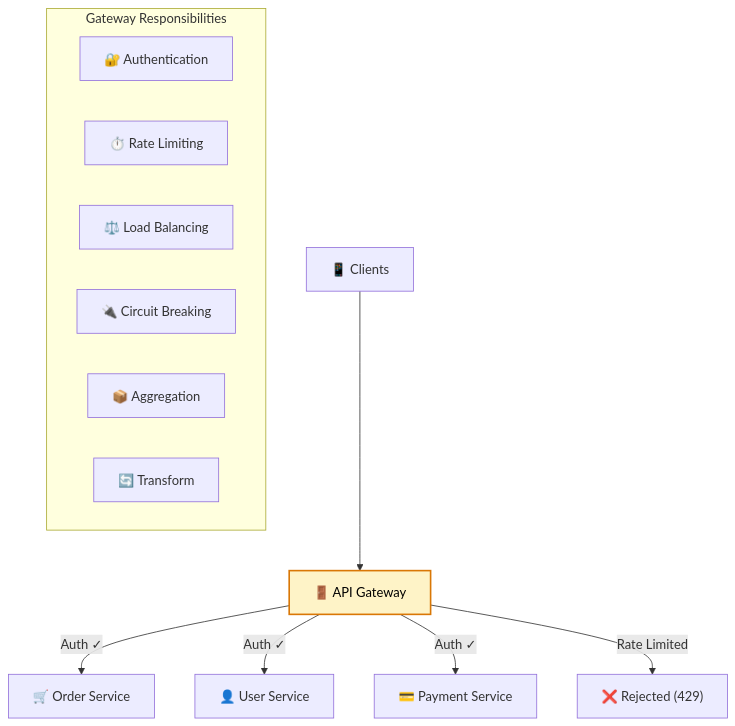
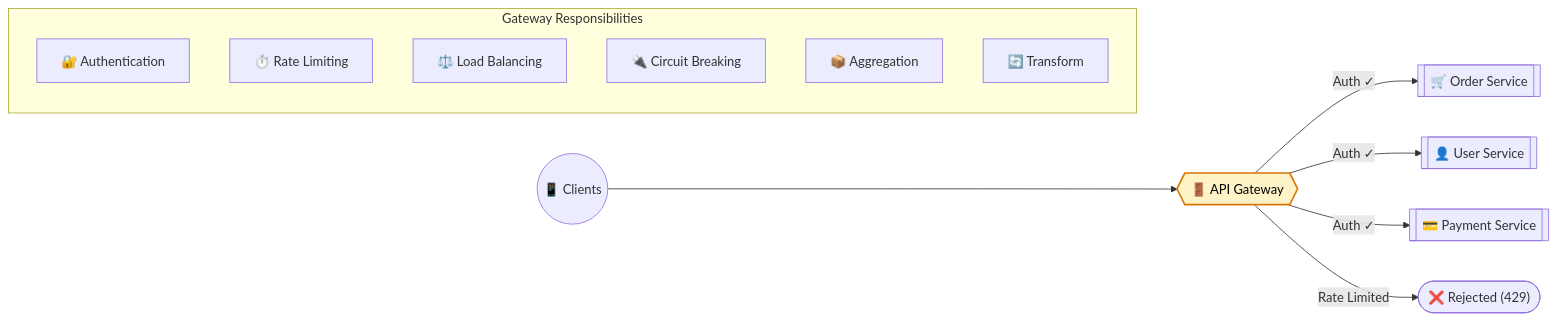
Before and after one commit to saivamsikaruturi/vamsilabs-dev-notes-main: the diagram in docs/microservices/api-gateway-patterns.md, drawn with Mermaid. The commit also changed 146 other files, not shown here.

Commit message:
Horizontal diagrams, UML class diagrams, typography overhaul, and permalink cleanup

````diff
--- a/docs/microservices/api-gateway-patterns.md
+++ b/docs/microservices/api-gateway-patterns.md
@@ -10,20 +10,20 @@
 ```mermaid
-flowchart TD
-    C["📱 Clients"] --> GW["🚪 API Gateway"]
+flowchart LR
+    C(("📱 Clients")) --> GW{{"🚪 API Gateway"}}
     
-    GW --> |"Auth ✓"| A["🛒 Order Service"]
-    GW --> |"Auth ✓"| B["👤 User Service"]
-    GW --> |"Auth ✓"| C2["💳 Payment Service"]
-    GW --> |"Rate Limited"| D["❌ Rejected (429)"]
+    GW --> |"Auth ✓"| A[["🛒 Order Service"]]
+    GW --> |"Auth ✓"| B[["👤 User Service"]]
+    GW --> |"Auth ✓"| C2[["💳 Payment Service"]]
+    GW --> |"Rate Limited"| D(["❌ Rejected (429)"])
 
     subgraph GW_Internal["Gateway Responsibilities"]
         Auth["🔐 Authentication"]
         RL["⏱️ Rate Limiting"]
         LB["⚖️ Load Balancing"]
         CB["🔌 Circuit Breaking"]
         Agg["📦 Aggregation"]
         TF["🔄 Transform"]
     end
 
     style GW fill:#FEF3C7,stroke:#D97706,stroke-width:2px,color:#000
 ```
````
